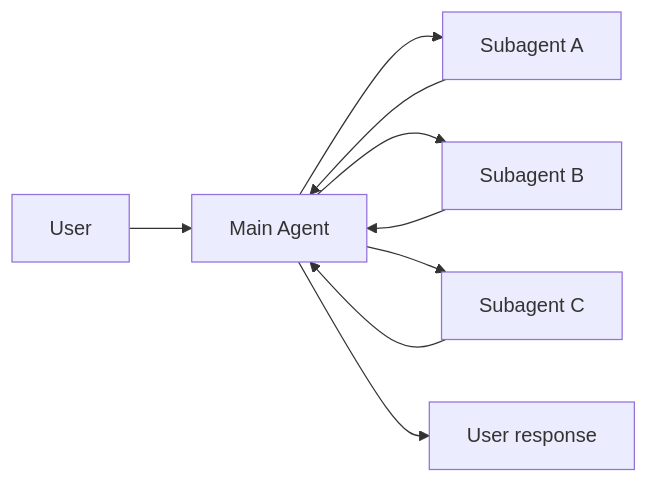
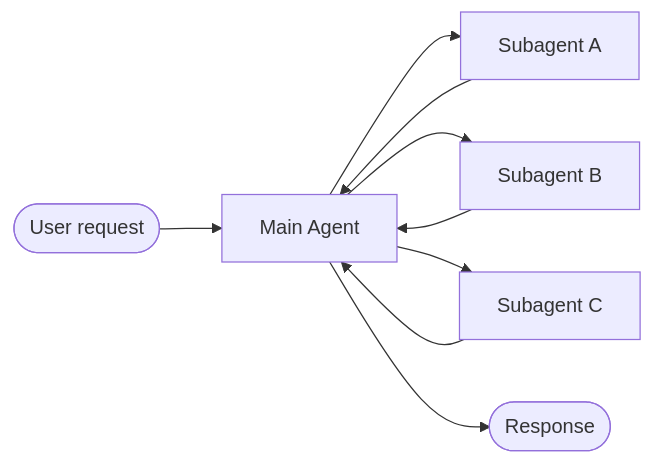
The first of 12 diagrams in src/oss/langchain/multi-agent/index.mdx (langchain-ai/docs), drawn with Mermaid before and after one commit. The commit also changed other lines of this file, not shown here.

````diff
--- a/src/oss/langchain/multi-agent/index.mdx
+++ b/src/oss/langchain/multi-agent/index.mdx
@@ -64,11 +64,11 @@
     ```mermaid
     graph LR
-        A[User] --> B[Main Agent]
-        B --> C[Subagent A]
-        B --> D[Subagent B]
-        B --> E[Subagent C]
-        C --> B
-        D --> B
-        E --> B
-        B --> F[User response]
+        U([User request]) --> M[Main Agent]
+        M --> A[Subagent A]
+        M --> B[Subagent B]
+        M --> C[Subagent C]
+        A --> M
+        B --> M
+        C --> M
+        M --> R([Response])
     ```
````
